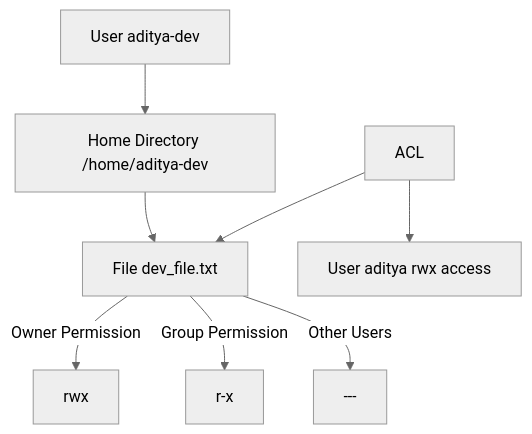
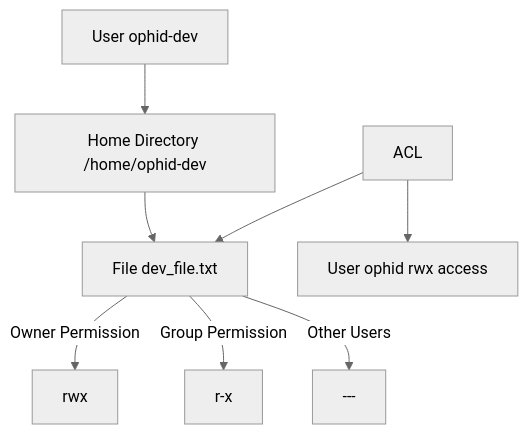
One commit to Ophidev/DevOps_Notes changed the diagram in Linux And Shell Scripting/shortNotes.md. Above: the diagram before and after it, drawn with Mermaid (neutral theme). The commit also changed other lines of this file and 12 other files, not shown here.

Commit message:
- Refactor user references from 'oname' to 'ophid' across multiple files for consistency in Linux and Shell Scripting notes and practice materials. - also added eample pipeline for eamil setup of jenkins

````diff
--- a/Linux And Shell Scripting/shortNotes.md
+++ b/Linux And Shell Scripting/shortNotes.md
@@ -206,10 +206,10 @@
 ```mermaid
 flowchart TD
-    A[User aditya-dev] --> B[Home Directory /home/aditya-dev]
+    A[User ophid-dev] --> B[Home Directory /home/ophid-dev]
     B --> C[File dev_file.txt]
     C -->|Owner Permission| D[rwx]
     C -->|Group Permission| E[r-x]
     C -->|Other Users| F[---]
     G[ACL] --> C
-    G --> H[User aditya rwx access]
+    G --> H[User ophid rwx access]
 ```
````
